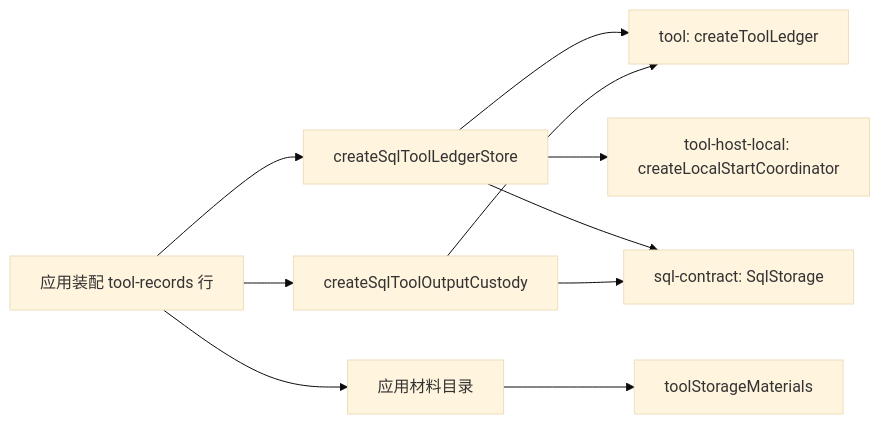
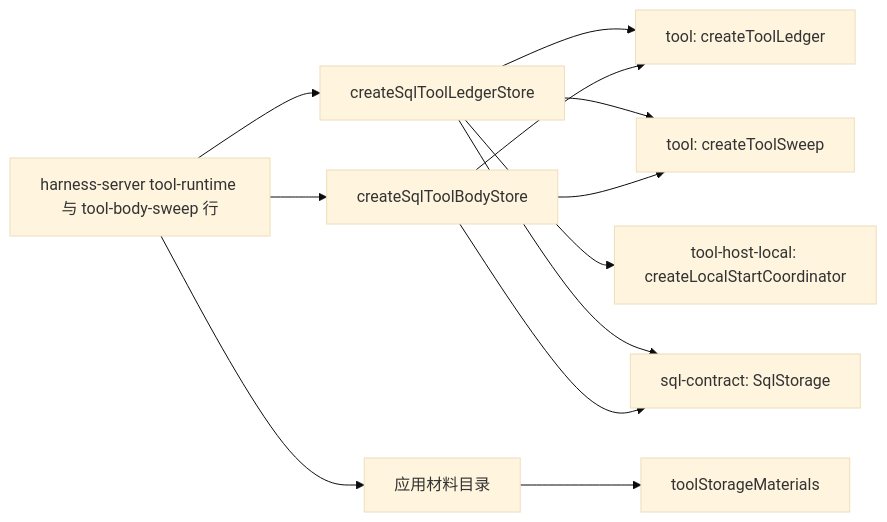
Before and after one commit to nemori-ai/omne-harness-lite: the diagram in packages/tool/tool-storage-sql/docs/context.md, drawn with Mermaid (base theme). The commit also changed other lines of this file and 11 other files, not shown here.

First line of the commit message:
docs(tool-storage-sql): 入口与内部文档改为记录仓、正文存储与到期索引（#1168）

````diff
--- a/packages/tool/tool-storage-sql/docs/context.md
+++ b/packages/tool/tool-storage-sql/docs/context.md
@@ -11,12 +11,14 @@
 ```mermaid
 flowchart LR
-  App[应用装配 tool-records 行] --> Store[createSqlToolLedgerStore]
-  App --> Custody[createSqlToolOutputCustody]
+  App[harness-server tool-runtime 与 tool-body-sweep 行] --> Store[createSqlToolLedgerStore]
+  App --> Bodies[createSqlToolBodyStore]
   App --> Catalog[应用材料目录]
   Catalog --> Materials[toolStorageMaterials]
   Store --> Ledger[tool: createToolLedger]
+  Store --> Sweep[tool: createToolSweep]
   Store --> Coordinator[tool-host-local: createLocalStartCoordinator]
-  Custody --> Ledger
+  Bodies --> Ledger
+  Bodies --> Sweep
   Store --> SQL[sql-contract: SqlStorage]
-  Custody --> SQL
+  Bodies --> SQL
 ```
````
